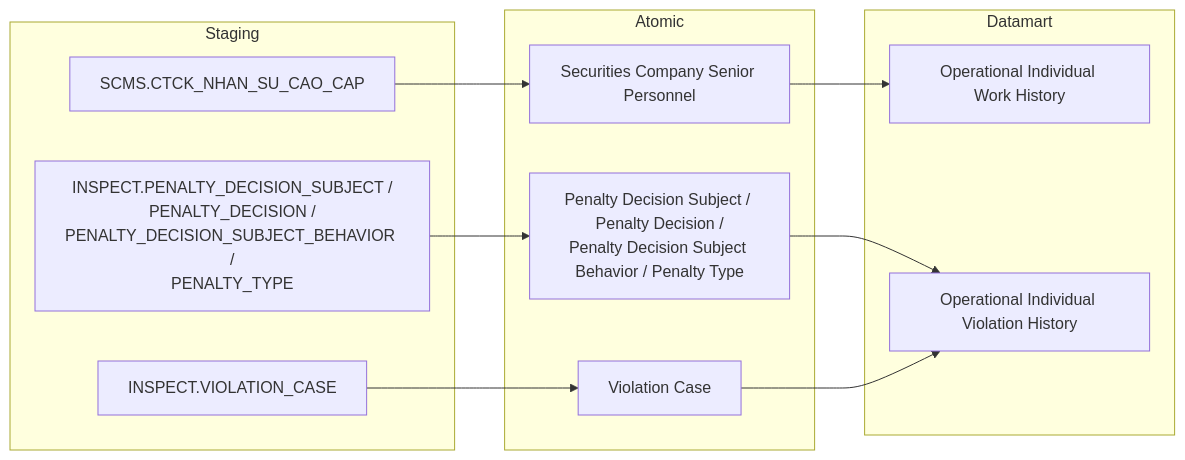
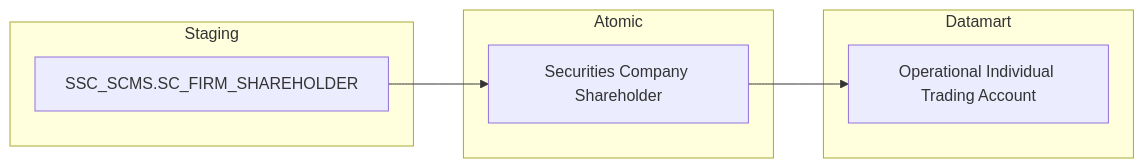
Diagram 18 of 38 in Datamart/hld/DTM_QLKD_HLD.md (linhlvit/ubck_atomic_design), drawn with Mermaid before and after one commit. The commit also changed other lines of this file and 13 other files, not shown here.

````diff
--- a/Datamart/hld/DTM_QLKD_HLD.md
+++ b/Datamart/hld/DTM_QLKD_HLD.md
@@ -621,27 +625,17 @@
 ```mermaid
 flowchart LR
     subgraph SRC["Staging"]
-        S1["SCMS.CTCK_NHAN_SU_CAO_CAP"]
-        S2["INSPECT.PENALTY_DECISION_SUBJECT /\nPENALTY_DECISION /\nPENALTY_DECISION_SUBJECT_BEHAVIOR /\nPENALTY_TYPE"]
-        S3["INSPECT.VIOLATION_CASE"]
+        S2["SSC_SCMS.SC_FIRM_SHAREHOLDER"]
     end
 
     subgraph SIL["Atomic"]
-        SV1["Securities Company Senior Personnel"]
-        SV2["Penalty Decision Subject / Penalty Decision /\nPenalty Decision Subject Behavior / Penalty Type"]
-        SV3["Violation Case"]
+        SV2["Securities Company Shareholder"]
     end
 
-    subgraph Datamart["Datamart"]
-        G1["Operational Individual Work History"]
-        G2["Operational Individual Violation History"]
+    subgraph GOLD["Datamart"]
+        G2["Operational Individual Trading Account"]
     end
 
-    S1 --> SV1
     S2 --> SV2
-    S3 --> SV3
-
-    SV1 --> G1
     SV2 --> G2
-    SV3 --> G2
 ```
````
